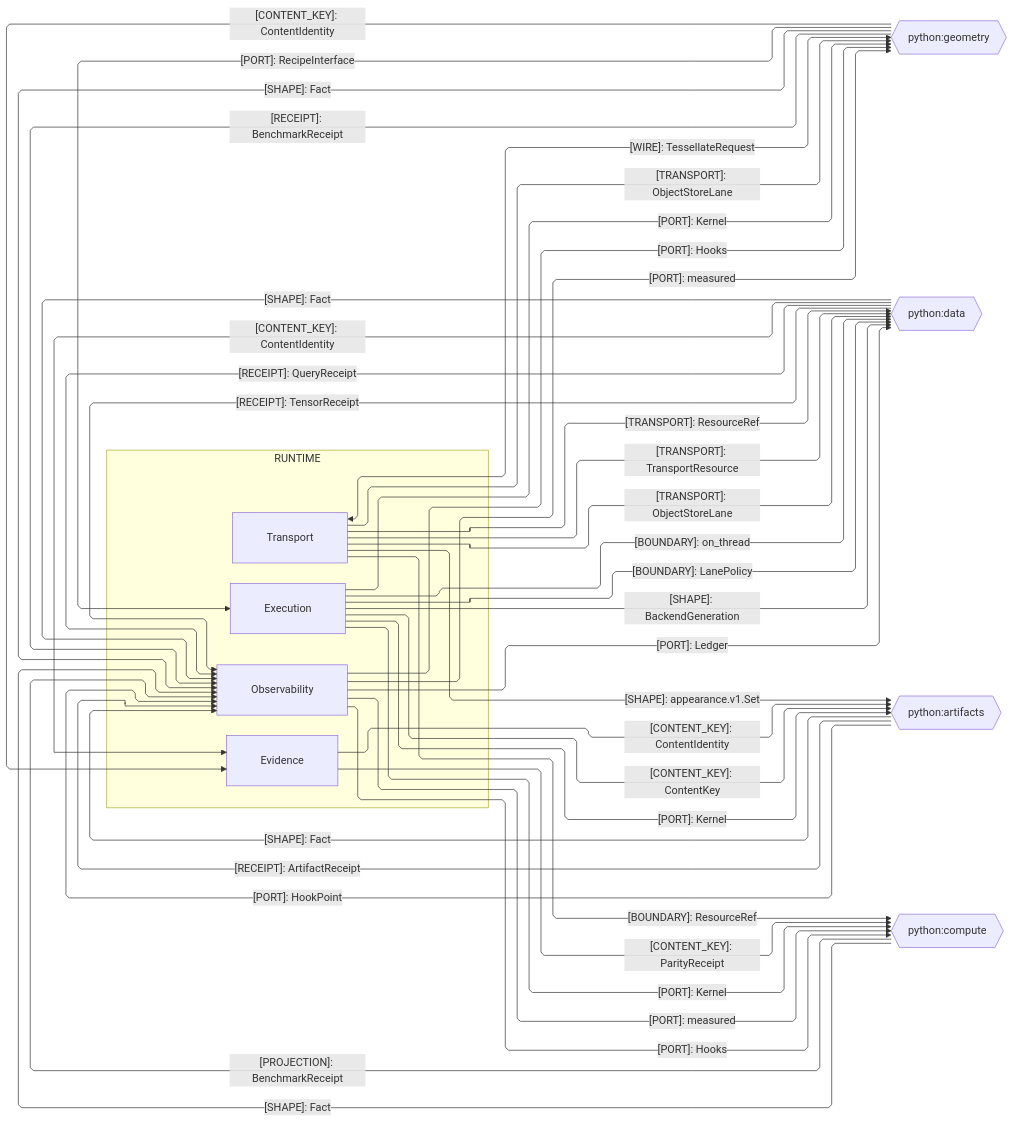
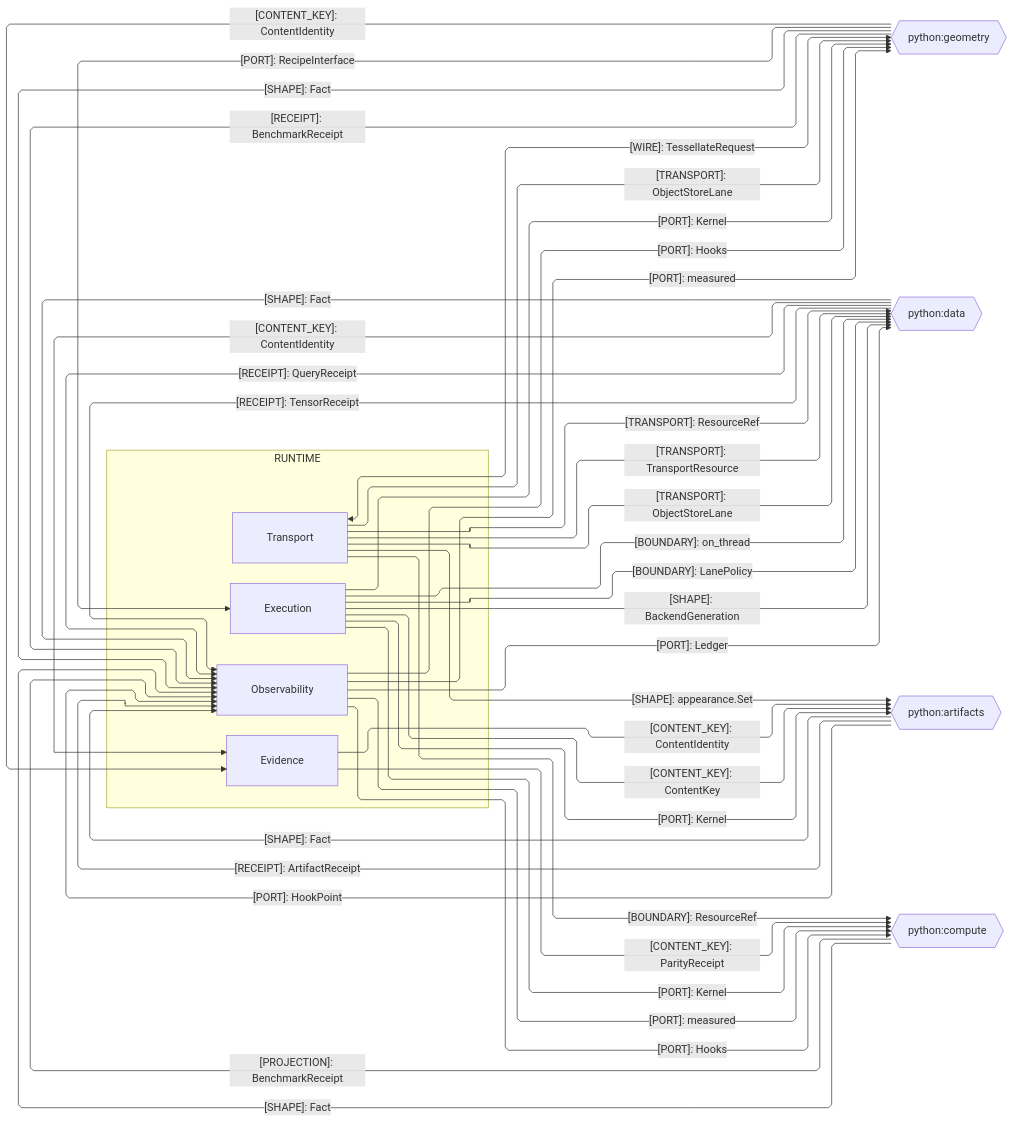
The third of 4 diagrams in libs/python/runtime/ARCHITECTURE.md (bsamiee/Rasm), drawn with Mermaid before and after one commit. The commit also changed other lines of this file and 640 other files, not shown here.

````diff
--- a/libs/python/runtime/ARCHITECTURE.md
+++ b/libs/python/runtime/ARCHITECTURE.md
@@ -179,56 +179,56 @@
 ```mermaid
 ---
 config:
   layout: elk
   flowchart:
     curve: linear
     padding: 25
 ---
 flowchart LR
     accTitle: Runtime cross-package Python seams
     accDescr: Runtime sub-domain owners exchanging content identity, transport, kernel and hook ports, and receipts with the Python siblings.
     subgraph runtime[RUNTIME]
         Transport[Transport]
         Evidence[Evidence]
         Observability[Observability]
         Execution[Execution]
     end
     Geometry{{python:geometry}}
     Data{{python:data}}
     Artifacts{{python:artifacts}}
     Compute{{python:compute}}
     Transport e1@<-->|"[WIRE]: TessellateRequest"| Geometry
     Geometry e2@-->|"[CONTENT_KEY]: ContentIdentity"| Evidence
     Geometry e3@-->|"[PORT]: RecipeInterface"| Execution
     Data e4@-->|"[CONTENT_KEY]: ContentIdentity"| Evidence
     Transport e5@-->|"[TRANSPORT]: ResourceRef"| Data
     Transport e6@-->|"[TRANSPORT]: TransportResource"| Data
     Observability e7@-->|"[PORT]: Ledger"| Data
     Data e8@-->|"[RECEIPT]: QueryReceipt"| Observability
     Data e9@-->|"[RECEIPT]: TensorReceipt"| Observability
     Execution e10@-->|"[BOUNDARY]: on_thread"| Data
     Execution e11@-->|"[BOUNDARY]: LanePolicy"| Data
     Execution e12@-->|"[SHAPE]: BackendGeneration"| Data
     Evidence e13@-->|"[CONTENT_KEY]: ContentIdentity"| Artifacts
     Artifacts e14@-->|"[RECEIPT]: ArtifactReceipt"| Observability
     Execution e15@-->|"[CONTENT_KEY]: ContentKey"| Artifacts
     Execution e16@-->|"[PORT]: Kernel"| Artifacts
-    Transport e17@-->|"[SHAPE]: appearance.v1.Set"| Artifacts
+    Transport e17@-->|"[SHAPE]: appearance.Set"| Artifacts
     Artifacts e18@-->|"[PORT]: HookPoint"| Observability
     Evidence e19@-->|"[CONTENT_KEY]: ParityReceipt"| Compute
     Transport e20@-->|"[BOUNDARY]: ResourceRef"| Compute
     Observability e21@-->|"[PORT]: measured"| Compute
     Execution e22@-->|"[PORT]: Kernel"| Compute
     Transport e23@-->|"[TRANSPORT]: ObjectStoreLane"| Data
     Transport e24@-->|"[TRANSPORT]: ObjectStoreLane"| Geometry
     Artifacts e25@-->|"[SHAPE]: Fact"| Observability
     Compute e26@-->|"[SHAPE]: Fact"| Observability
     Data e27@-->|"[SHAPE]: Fact"| Observability
     Geometry e28@-->|"[SHAPE]: Fact"| Observability
     Observability e23@-->|"[PORT]: Hooks"| Compute
     Compute e24@-->|"[PROJECTION]: BenchmarkReceipt"| Observability
     Execution e25@-->|"[PORT]: Kernel"| Geometry
     Geometry e26@-->|"[RECEIPT]: BenchmarkReceipt"| Observability
     Observability e27@-->|"[PORT]: measured"| Geometry
     Observability e28@-->|"[PORT]: Hooks"| Geometry
 ```
````
